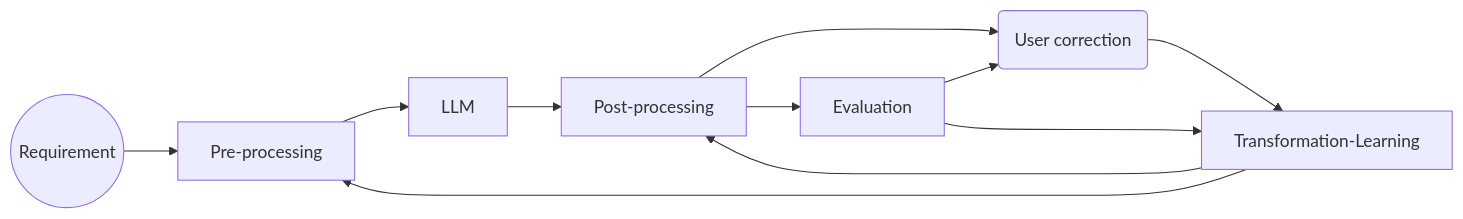
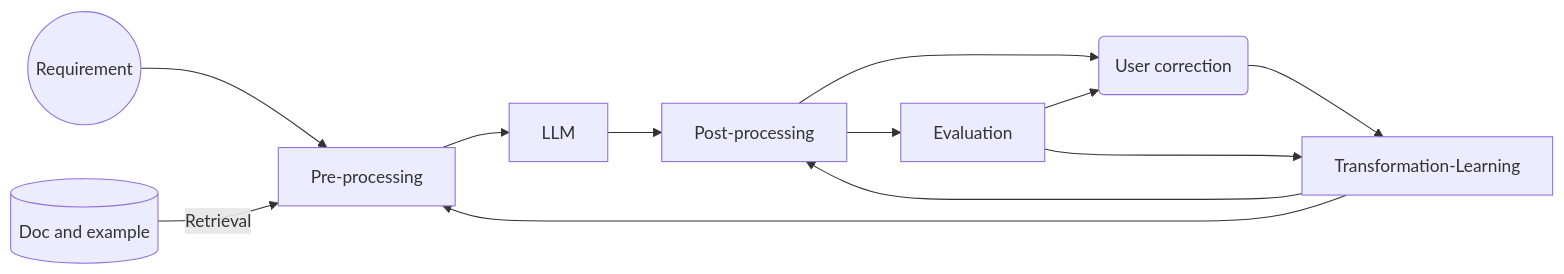
One commit to AI-LLM/ai-llm.github.io changed the second of 2 diagrams in Code-Generation.md. Above: the diagram before and after it, drawn with Mermaid.

````diff
--- a/Code-Generation.md
+++ b/Code-Generation.md
@@ -59,13 +59,14 @@
 ```mermaid
 graph LR;
 S((Requirement))-->Pre-processing
+doc[(Doc and example)] -- Retrieval --> Pre-processing
 Pre-processing --> LLM
 LLM --> Post-processing
 Post-processing --> Evaluation
 Post-processing --> U(User correction)
 Evaluation --> U
 U --> Transformation-Learning
 Evaluation --> Transformation-Learning
 Transformation-Learning --> Post-processing
 Transformation-Learning --> Pre-processing
 ```
````
